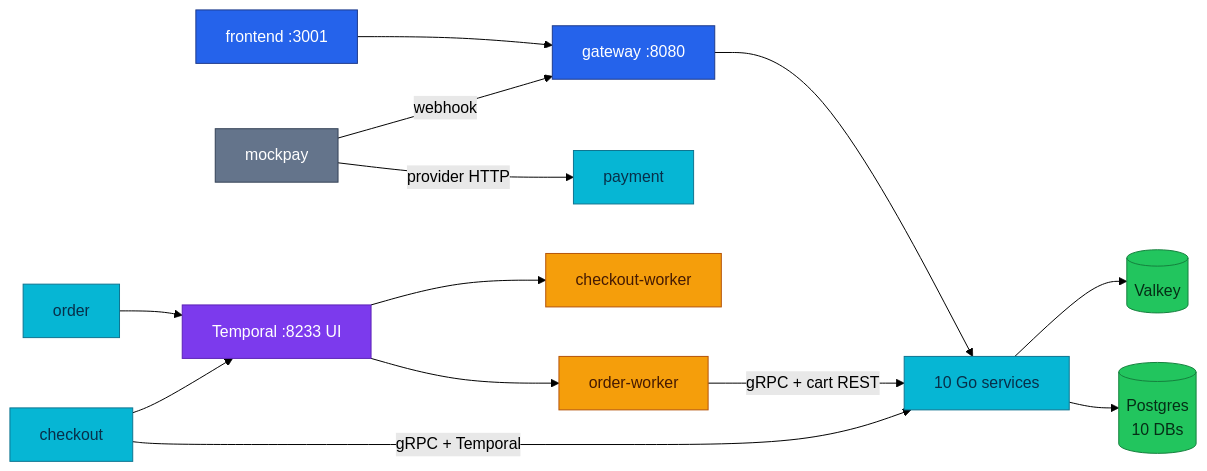
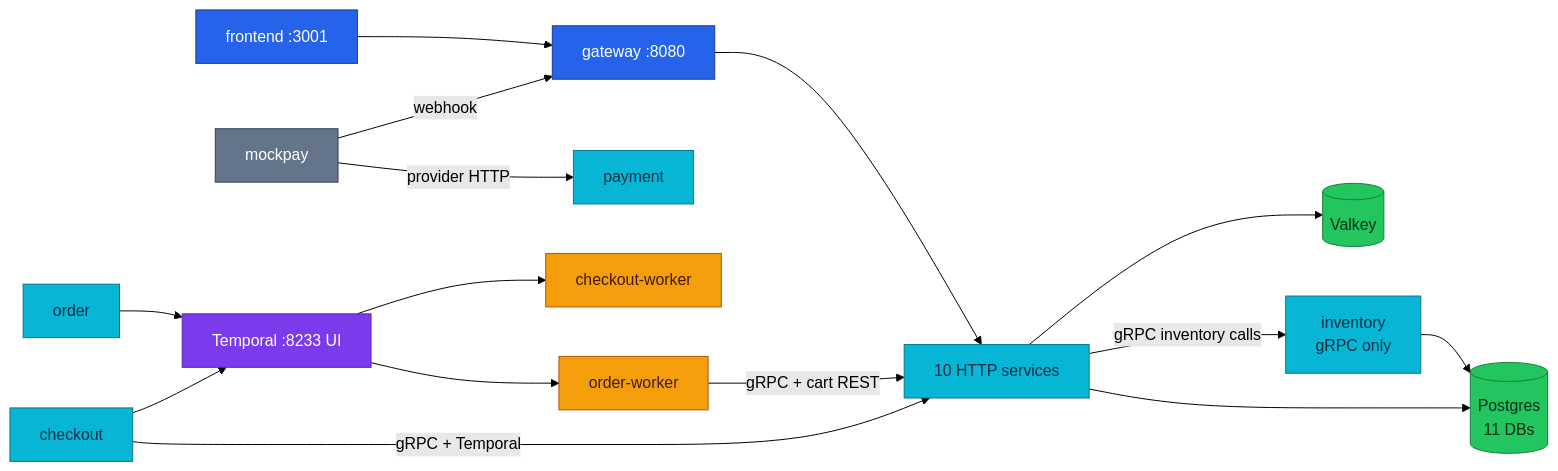
Before and after one commit to duynhlab/homelab: the diagram in docs/api/microservices.md, drawn with Mermaid (forest theme). The commit also changed other lines of this file and 10 other files, not shown here.

````diff
--- a/docs/api/microservices.md
+++ b/docs/api/microservices.md
@@ -44,28 +45,30 @@
 ```mermaid
 flowchart LR
     SPA["frontend :3001"] --> Kong["gateway :8080"]
-    Kong --> SVC["10 Go services"]
+    Kong --> SVC["10 HTTP services"]
     MP["mockpay"] -->|"provider HTTP"| PAY["payment"]
     MP -->|"webhook"| Kong
-    SVC --> PG[("Postgres<br/>10 DBs")]
+    SVC --> PG[("Postgres<br/>11 DBs")]
+    SVC -->|"gRPC inventory calls"| INV["inventory<br/>gRPC only"]
+    INV --> PG
     SVC --> VALKEY[("Valkey")]
     CK["checkout"] -->|"gRPC + Temporal"| SVC
     ORD["order"] --> TMP["Temporal :8233 UI"]
     CK --> TMP
     TMP --> OW["order-worker"]
     TMP --> CW["checkout-worker"]
     OW -->|"gRPC + cart REST"| SVC
 
     classDef edge fill:#2563eb,color:#fff,stroke:#1e3a8a;
     classDef service fill:#06b6d4,color:#082f49,stroke:#0e7490;
     classDef worker fill:#f59e0b,color:#451a03,stroke:#b45309;
     classDef platform fill:#7c3aed,color:#fff,stroke:#5b21b6;
     classDef data fill:#22c55e,color:#052e16,stroke:#15803d;
     classDef external fill:#64748b,color:#fff,stroke:#334155;
     class SPA,Kong edge;
-    class SVC,PAY,CK,ORD service;
+    class SVC,INV,PAY,CK,ORD service;
     class OW,CW worker;
     class TMP platform;
     class PG,VALKEY data;
     class MP external;
 ```
````
